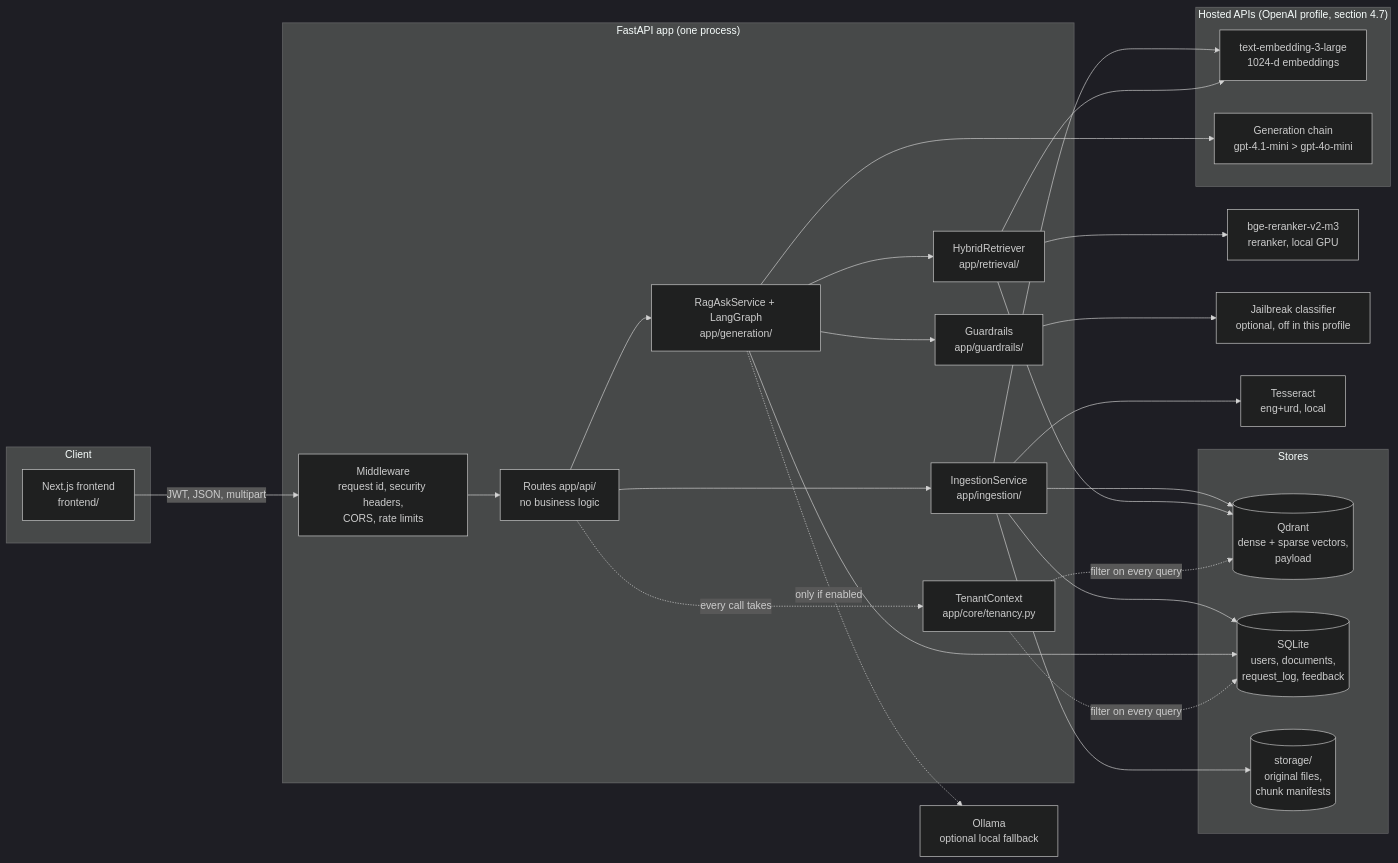
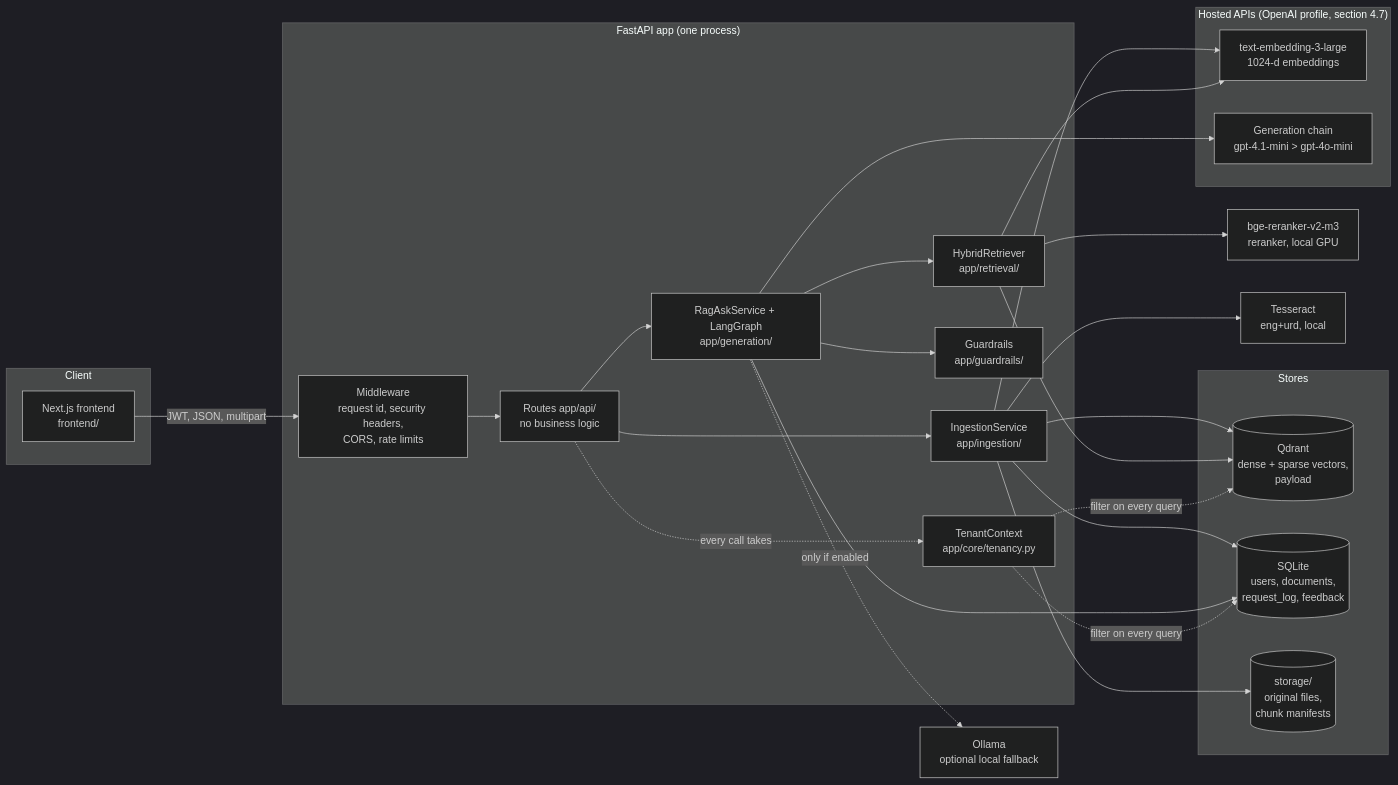
The first of 3 diagrams in DESIGN.md (SarmadRazaq/pakistan-citizen-services-rag), drawn with Mermaid (dark theme) before and after one commit. The commit also changed other lines of this file and 2 other files, not shown here.

````diff
--- a/DESIGN.md
+++ b/DESIGN.md
@@ -54,49 +54,47 @@
 ```mermaid
 flowchart LR
   subgraph Client
     FE[Next.js frontend<br/>frontend/]
   end
   subgraph API["FastAPI app (one process)"]
     MW[Middleware<br/>request id, security headers,<br/>CORS, rate limits]
     R[Routes app/api/<br/>no business logic]
     ING[IngestionService<br/>app/ingestion/]
     ASK[RagAskService + LangGraph<br/>app/generation/]
     RET[HybridRetriever<br/>app/retrieval/]
     GR[Guardrails<br/>app/guardrails/]
     TEN[TenantContext<br/>app/core/tenancy.py]
   end
   subgraph Stores
     Q[(Qdrant<br/>dense + sparse vectors,<br/>payload)]
     DB[(SQLite<br/>users, documents,<br/>request_log, feedback)]
     FS[(storage/<br/>original files,<br/>chunk manifests)]
   end
   subgraph Hosted["Hosted APIs (OpenAI profile, section 4.7)"]
     EMB[text-embedding-3-large<br/>1024-d embeddings]
     LLM[Generation chain<br/>gpt-4.1-mini > gpt-4o-mini]
   end
   RR[bge-reranker-v2-m3<br/>reranker, local GPU]
-  JB[Jailbreak classifier<br/>optional, off in this profile]
   OL[Ollama<br/>optional local fallback]
   OCR[Tesseract<br/>eng+urd, local]
 
   FE -->|JWT, JSON, multipart| MW --> R
   R --> ING
   R --> ASK
   ING --> OCR
   ING --> EMB
   ING --> Q
   ING --> DB
   ING --> FS
   ASK --> GR
   ASK --> RET
   ASK --> LLM
   ASK -.->|only if enabled| OL
-  GR --> JB
   RET --> EMB
   RET --> Q
   RET --> RR
   ASK --> DB
   R -. every call takes .-> TEN
   TEN -. filter on every query .-> Q
   TEN -. filter on every query .-> DB
 ```
````
